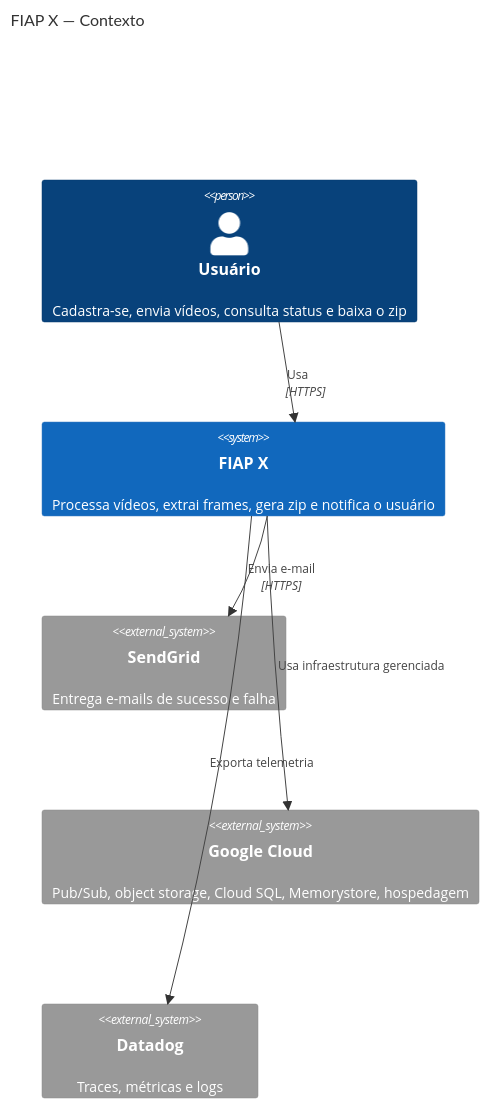
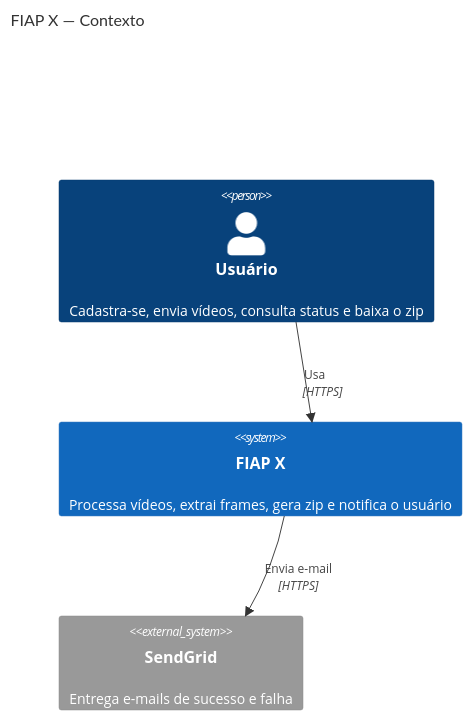
The diagram in arquitetura/01_contexto.md (fiap-x-vcosta/docs), drawn with Mermaid before and after one commit. The commit also changed 4 other files, not shown here.

First line of the commit message:
docs: simplificar C4 sem Datadog e GCP puro

````diff
--- a/arquitetura/01_contexto.md
+++ b/arquitetura/01_contexto.md
@@ -1,17 +1,13 @@
 ```mermaid
 C4Context
   title FIAP X — Contexto
 
   Person(usuario, "Usuário", "Cadastra-se, envia vídeos, consulta status e baixa o zip")
 
   System(fiapx, "FIAP X", "Processa vídeos, extrai frames, gera zip e notifica o usuário")
 
   System_Ext(sendgrid, "SendGrid", "Entrega e-mails de sucesso e falha")
-  System_Ext(gcp, "Google Cloud", "Pub/Sub, object storage, Cloud SQL, Memorystore, hospedagem")
-  System_Ext(datadog, "Datadog", "Traces, métricas e logs")
 
   Rel(usuario, fiapx, "Usa", "HTTPS")
   Rel(fiapx, sendgrid, "Envia e-mail", "HTTPS")
-  Rel(fiapx, gcp, "Usa infraestrutura gerenciada")
-  Rel(fiapx, datadog, "Exporta telemetria")
 ```
````
